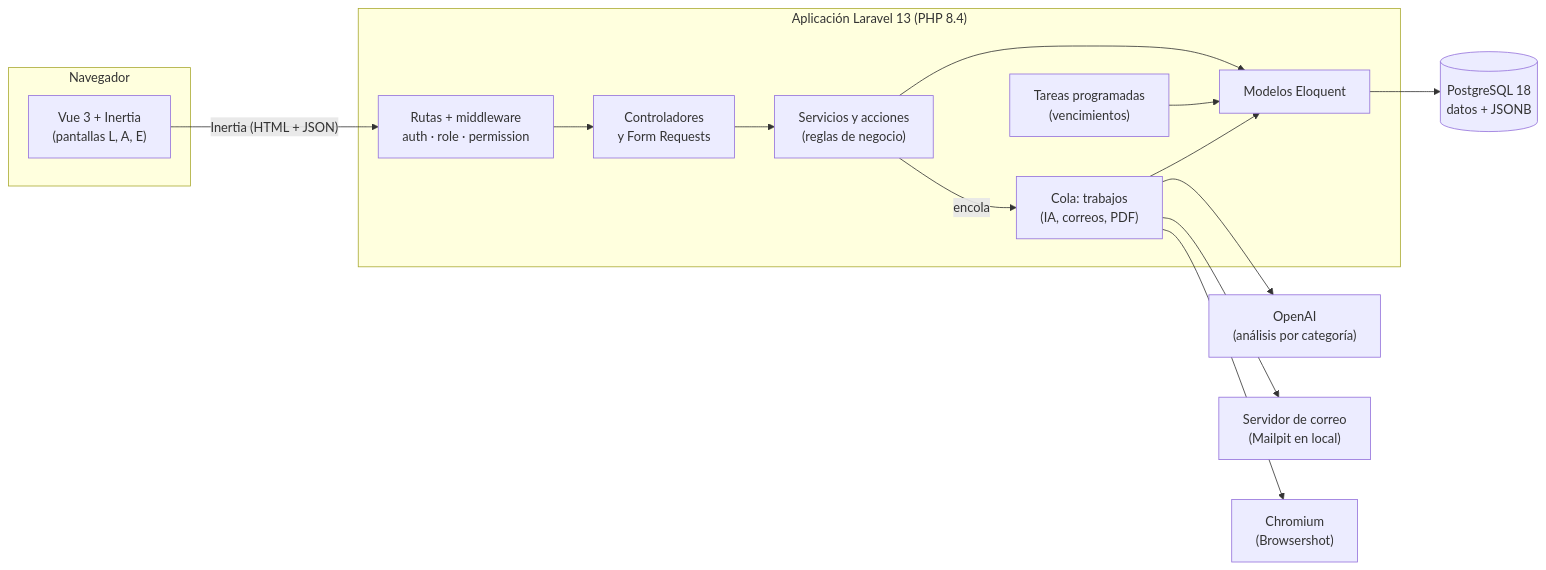
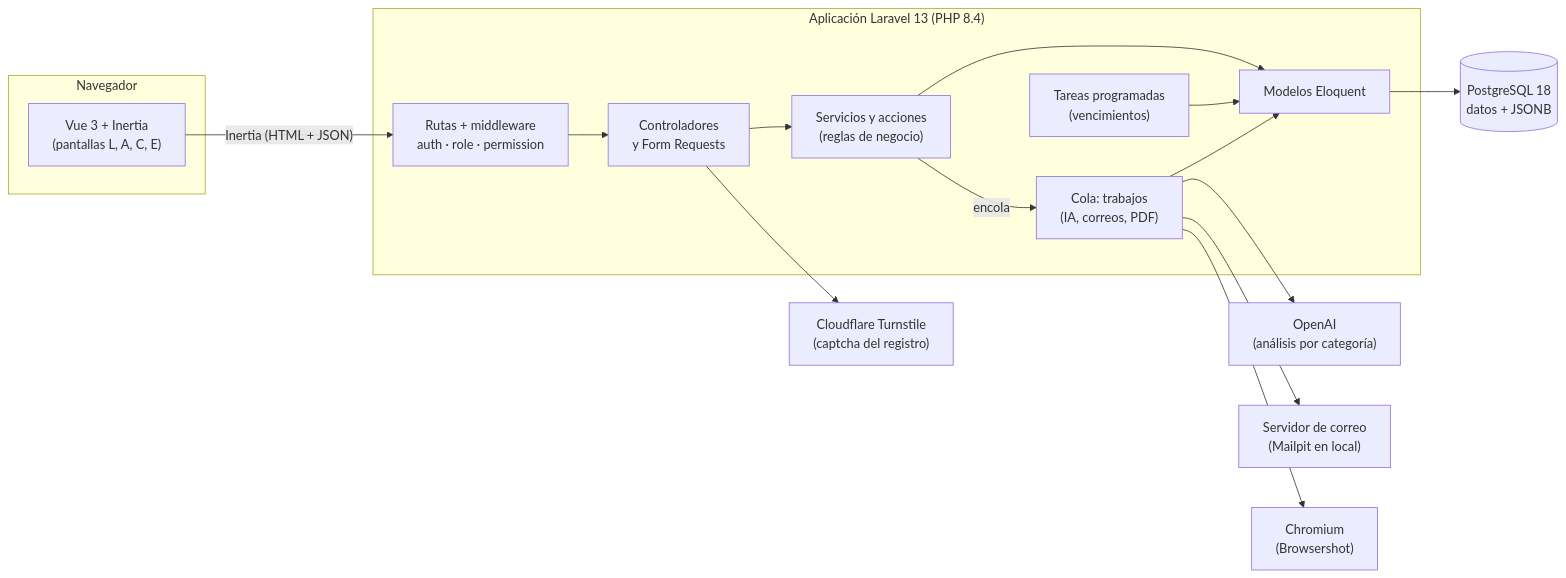
The diagram in docs/10_ARQUITECTURA.md (mensajesfront-commits/DiagnosTICo), drawn with Mermaid before and after one commit. The commit also changed other lines of this file and 33 other files, not shown here.

````diff
--- a/docs/10_ARQUITECTURA.md
+++ b/docs/10_ARQUITECTURA.md
@@ -11,29 +11,31 @@
 ```mermaid
 flowchart LR
     subgraph Navegador
-        V["Vue 3 + Inertia<br/>(pantallas L, A, E)"]
+        V["Vue 3 + Inertia<br/>(pantallas L, A, C, E)"]
     end
 
     subgraph App["Aplicación Laravel 13 (PHP 8.4)"]
         R["Rutas + middleware<br/>auth · role · permission"]
         C["Controladores<br/>y Form Requests"]
         S["Servicios y acciones<br/>(reglas de negocio)"]
         M["Modelos Eloquent"]
         J["Cola: trabajos<br/>(IA, correos, PDF)"]
         T["Tareas programadas<br/>(vencimientos)"]
     end
 
     BD[("PostgreSQL 18<br/>datos + JSONB")]
     IA["OpenAI<br/>(análisis por categoría)"]
     MAIL["Servidor de correo<br/>(Mailpit en local)"]
     PDF["Chromium<br/>(Browsershot)"]
+    CAP["Cloudflare Turnstile<br/>(captcha del registro)"]
 
     V -- "Inertia (HTML + JSON)" --> R
     R --> C --> S --> M --> BD
     S -- encola --> J
     J --> IA
     J --> MAIL
     J --> PDF
+    C --> CAP
     T --> M
     J --> M
 ```
````
